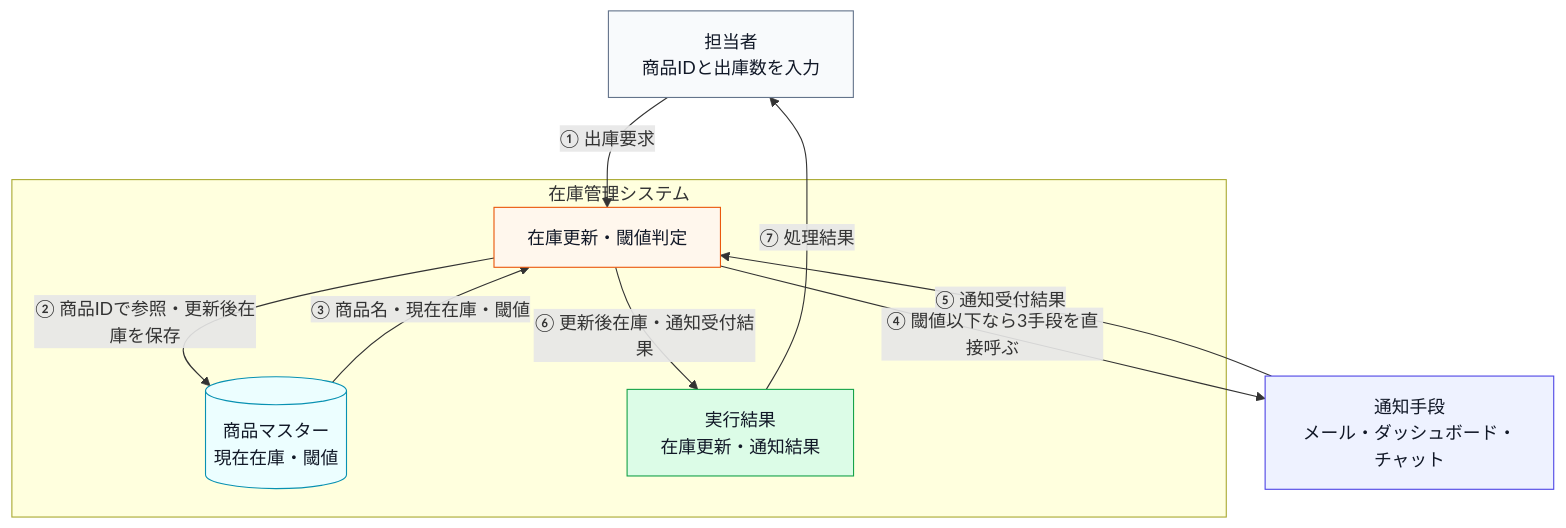
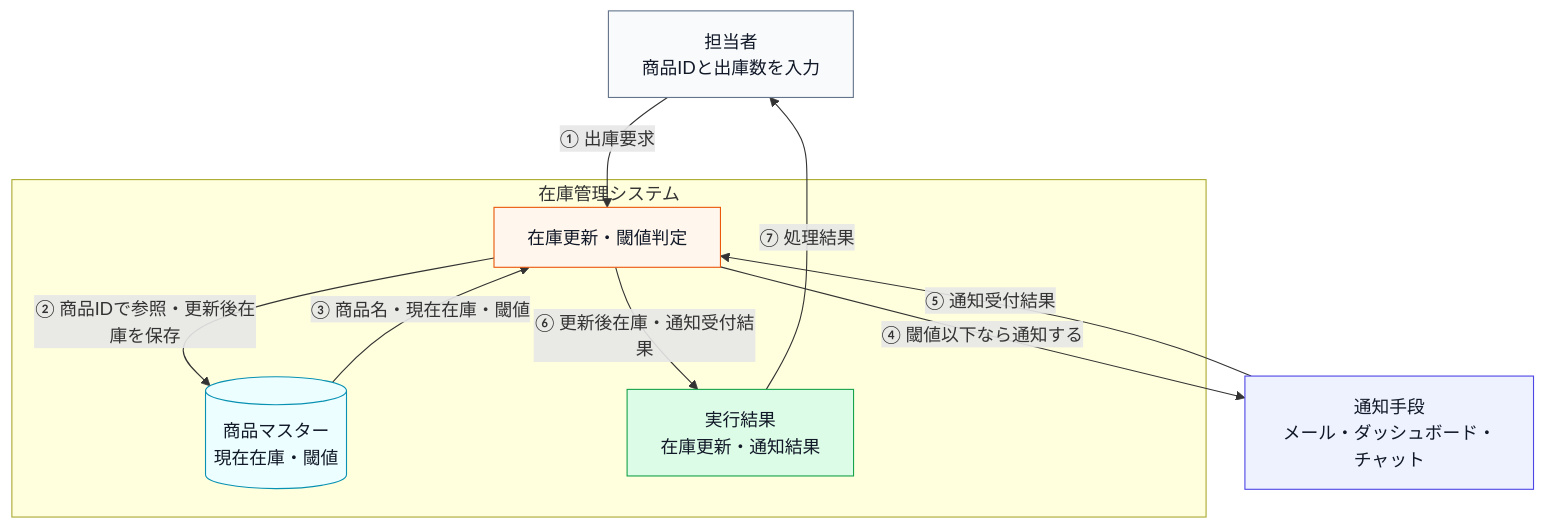
One commit to kumachan1101-pixel/DesignPattern changed the first of 21 diagrams in kindle/design-patterns/books/volume01-core-patterns/output/05-chapter03.md. Above: the diagram before and after it, drawn with Mermaid. The commit also changed other lines of this file and 9 other files, not shown here.

Commit message:
要求の対象とシステム図の受け渡しを明確化

````diff
--- a/kindle/design-patterns/books/volume01-core-patterns/output/05-chapter03.md
+++ b/kindle/design-patterns/books/volume01-core-patterns/output/05-chapter03.md
@@ -134,28 +132,28 @@
 ```mermaid
 flowchart TB
     U["担当者<br>商品IDと出庫数を入力"] -->|"① 出庫要求"| M
 
     subgraph INVENTORY["在庫管理システム"]
         M["在庫更新・閾値判定"]
         P[("商品マスター<br>現在在庫・閾値")]
         R["実行結果<br>在庫更新・通知結果"]
         M -->|"② 商品IDで参照・更新後在庫を保存"| P
         P -->|"③ 商品名・現在在庫・閾値"| M
         M -->|"⑥ 更新後在庫・通知受付結果"| R
     end
 
-    M -->|"④ 閾値以下なら3手段を直接呼ぶ"| G["通知手段<br>メール・ダッシュボード・チャット"]
+    M -->|"④ 閾値以下なら通知する"| G["通知手段<br>メール・ダッシュボード・チャット"]
     G -->|"⑤ 通知受付結果"| M
     R -->|"⑦ 処理結果"| U
 
     classDef actor fill:#f8fafc,stroke:#64748b,color:#111827;
     classDef data fill:#ecfeff,stroke:#0891b2,color:#111827;
     classDef process fill:#fff7ed,stroke:#ea580c,color:#111827;
     classDef boundary fill:#eef2ff,stroke:#4f46e5,color:#111827;
     classDef result fill:#dcfce7,stroke:#16a34a,color:#111827;
     class U actor;
     class P data;
     class M process;
     class G boundary;
     class R result;
 ```
````
